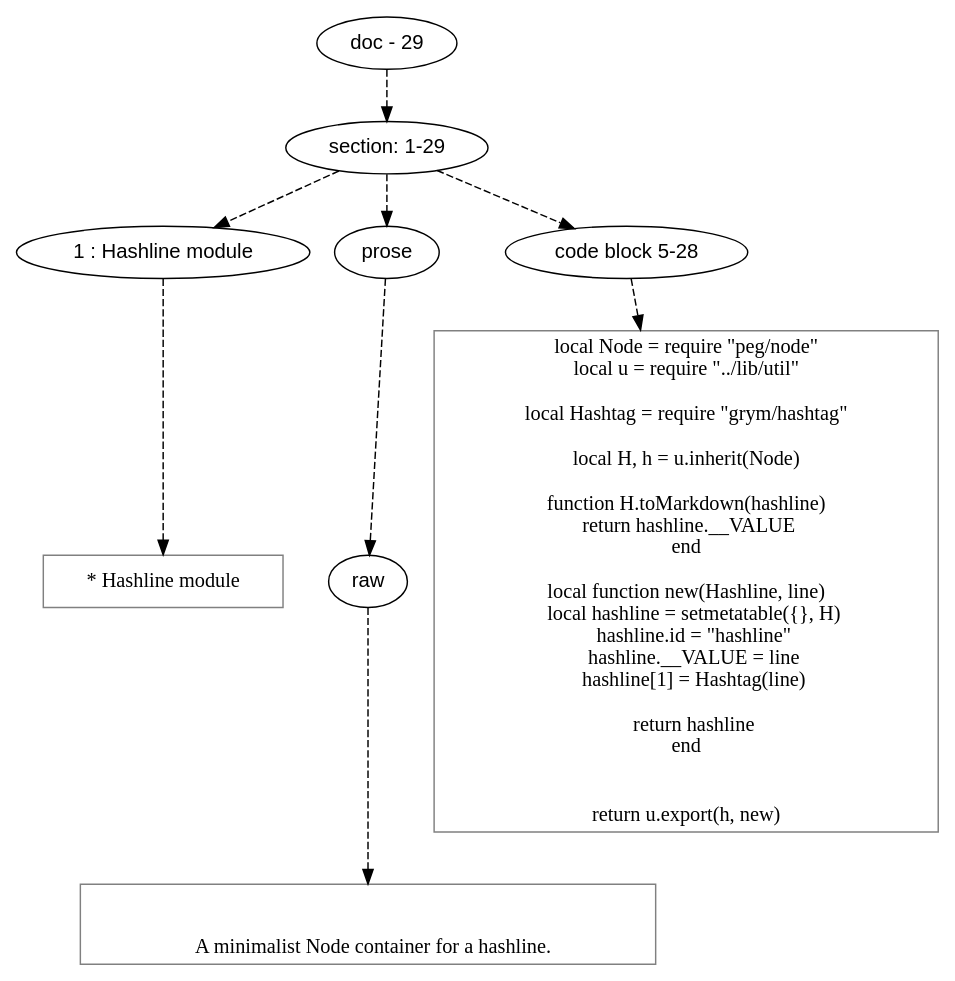
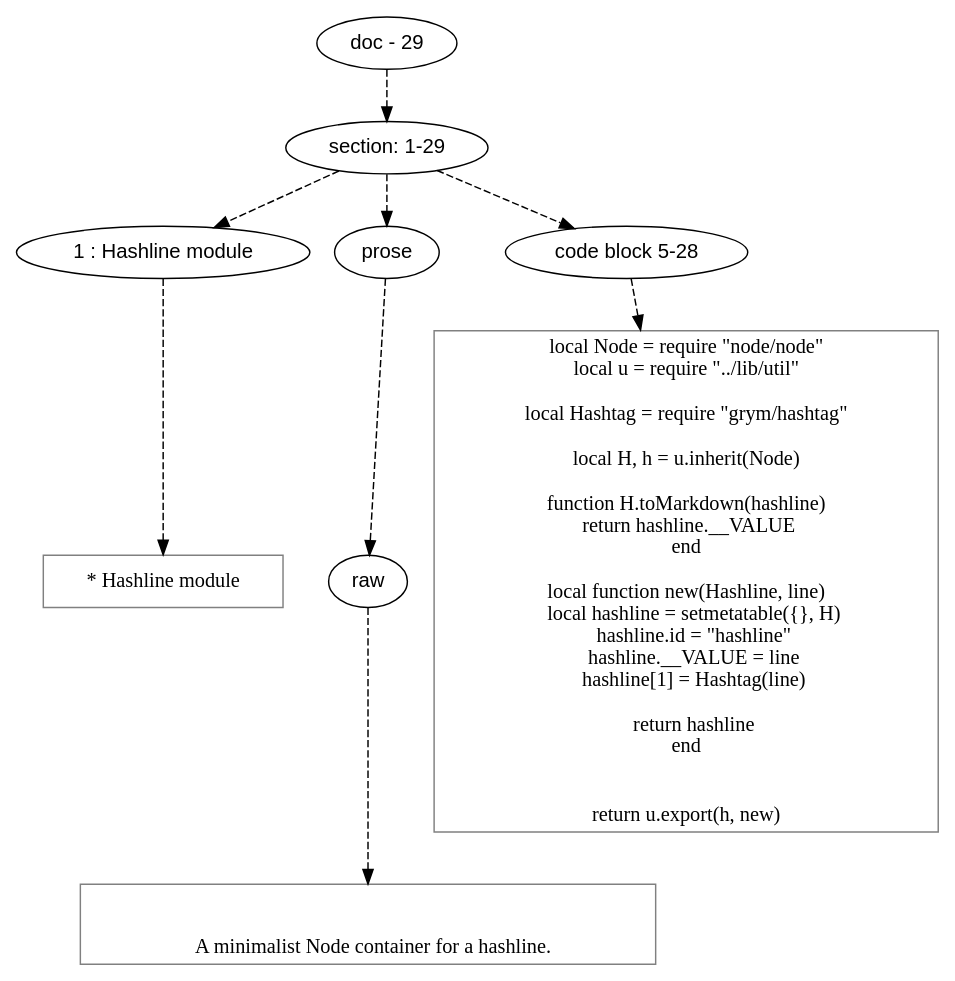
One commit to mnemnion/orb changed the diagram in doc/dot/grym/hashline.dot. Above: the diagram before and after it, drawn with Graphviz. The commit also changed 29 other files, not shown here.

Commit message:
No longer use peg/node

```diff
--- a/doc/dot/grym/hashline.dot
+++ b/doc/dot/grym/hashline.dot
@@ -1,62 +1,62 @@
 digraph hierarchy {
 
 node [fontname=Helvetica]
 edge [style=dashed]
 
 doc_0 [label="doc - 29"]
 
 
 doc_0 -> { section_1}
 {rank=same; section_1}
 
 section_1 [label="section: 1-29"]
 
 
 section_1 -> { header_2 prose_3 codeblock_4}
 {rank=same; header_2 prose_3 codeblock_4}
 
 header_2 [label="1 : Hashline module"]
 
 prose_3 [label="prose"]
 
 codeblock_4 [label="code block 5-28"]
 
 
 header_2 -> leaf_5
 leaf_5  [color=Gray,shape=rectangle,fontname=Inconsolata,label=" * Hashline module"]
 prose_3 -> { raw_6}
 {rank=same; raw_6}
 
 raw_6 [label="raw"]
 
 
 raw_6 -> leaf_7
 leaf_7  [color=Gray,shape=rectangle,fontname=Inconsolata,label="
 
    A minimalist Node container for a hashline.
 "]
 codeblock_4 -> leaf_8
-leaf_8  [color=Gray,shape=rectangle,fontname=Inconsolata,label="local Node = require \"peg/node\"
+leaf_8  [color=Gray,shape=rectangle,fontname=Inconsolata,label="local Node = require \"node/node\"
 local u = require \"../lib/util\"
 
 local Hashtag = require \"grym/hashtag\"
 
 local H, h = u.inherit(Node)
 
 function H.toMarkdown(hashline)
   return hashline.__VALUE
 end
 
 local function new(Hashline, line)
     local hashline = setmetatable({}, H)
     hashline.id = \"hashline\"
     hashline.__VALUE = line
     hashline[1] = Hashtag(line)
 
     return hashline 
 end
 
 
 return u.export(h, new)"]
 
 }
```
